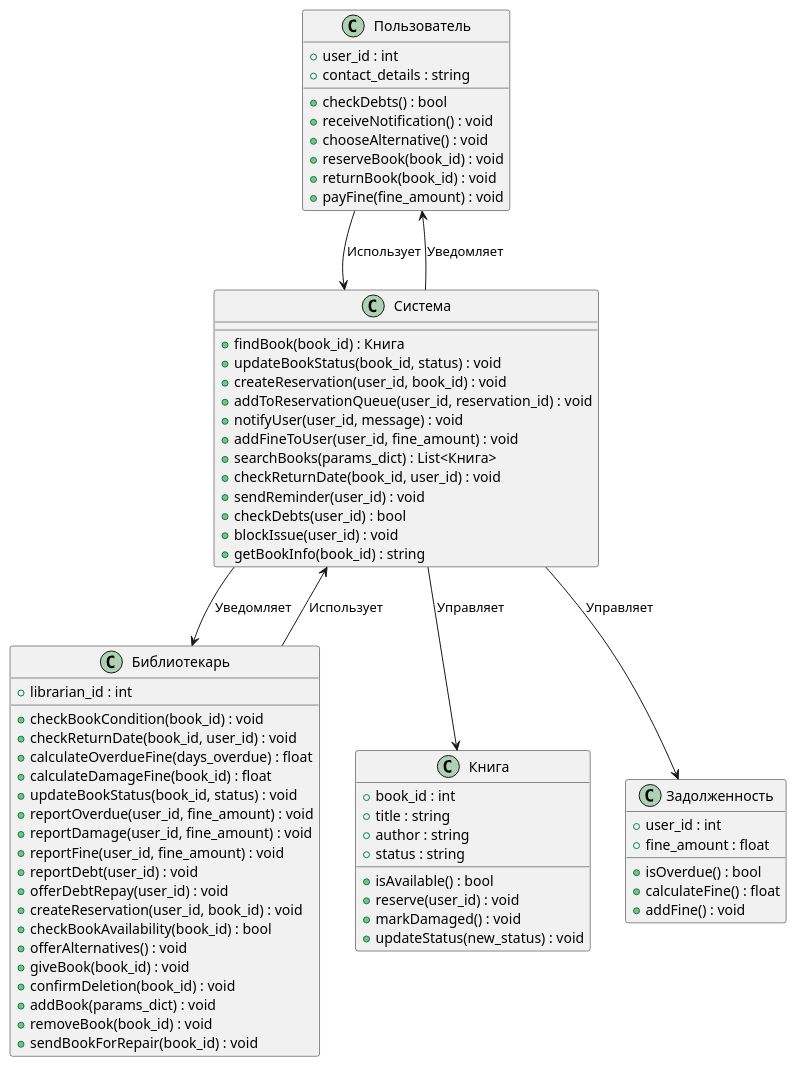
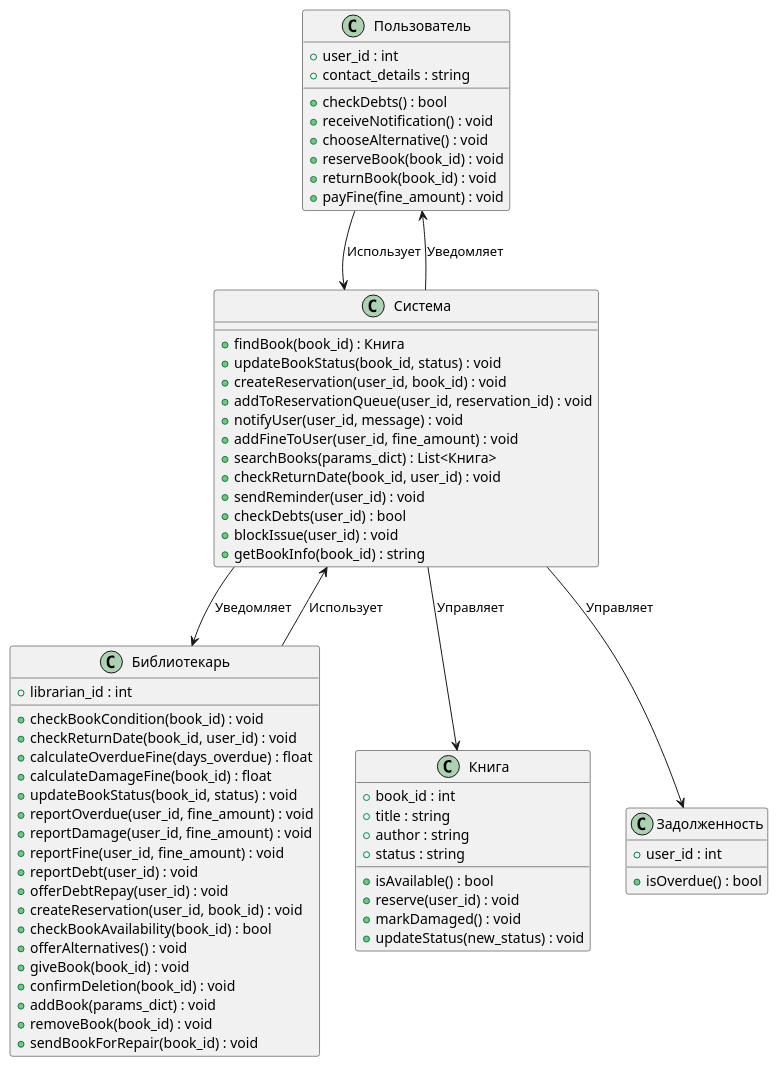
The diagram in Theory/class_uml.md (penamarth/bsbo-03-22_team1_var2), drawn with PlantUML before and after one commit.

```diff
--- a/Theory/class_uml.md
+++ b/Theory/class_uml.md
@@ -1,76 +1,74 @@
 @startuml
 class Пользователь {
     +user_id : int
     +contact_details : string
     +checkDebts() : bool
     +receiveNotification() : void
     +chooseAlternative() : void
     +reserveBook(book_id) : void
     +returnBook(book_id) : void
     +payFine(fine_amount) : void
 }
 
 class Библиотекарь {
     +librarian_id : int
     +checkBookCondition(book_id) : void
     +checkReturnDate(book_id, user_id) : void
     +calculateOverdueFine(days_overdue) : float
     +calculateDamageFine(book_id) : float
     +updateBookStatus(book_id, status) : void
     +reportOverdue(user_id, fine_amount) : void
     +reportDamage(user_id, fine_amount) : void
     +reportFine(user_id, fine_amount) : void
     +reportDebt(user_id) : void
     +offerDebtRepay(user_id) : void
     +createReservation(user_id, book_id) : void
     +checkBookAvailability(book_id) : bool
     +offerAlternatives() : void
     +giveBook(book_id) : void
     +confirmDeletion(book_id) : void
     +addBook(params_dict) : void
     +removeBook(book_id) : void
     +sendBookForRepair(book_id) : void
 }
 
 class Книга {
     +book_id : int
     +title : string
     +author : string
     +status : string
     +isAvailable() : bool
     +reserve(user_id) : void
     +markDamaged() : void
     +updateStatus(new_status) : void
 }
 
 class Задолженность {
     +user_id : int
-    +fine_amount : float
     +isOverdue() : bool
-    +calculateFine() : float
-    +addFine() : void
+
 }
 
 class Система {
     +findBook(book_id) : Книга
     +updateBookStatus(book_id, status) : void
     +createReservation(user_id, book_id) : void
     +addToReservationQueue(user_id, reservation_id) : void
     +notifyUser(user_id, message) : void
     +addFineToUser(user_id, fine_amount) : void
     +searchBooks(params_dict) : List<Книга>
     +checkReturnDate(book_id, user_id) : void
     +sendReminder(user_id) : void
     +checkDebts(user_id) : bool
     +blockIssue(user_id) : void
     +getBookInfo(book_id) : string
 }
 
 Пользователь --> Система : Использует
 Библиотекарь --> Система : Использует
 Система --> Книга : Управляет
 Система --> Задолженность : Управляет
 Система --> Пользователь : Уведомляет
 Система --> Библиотекарь : Уведомляет
 
 @enduml
```
